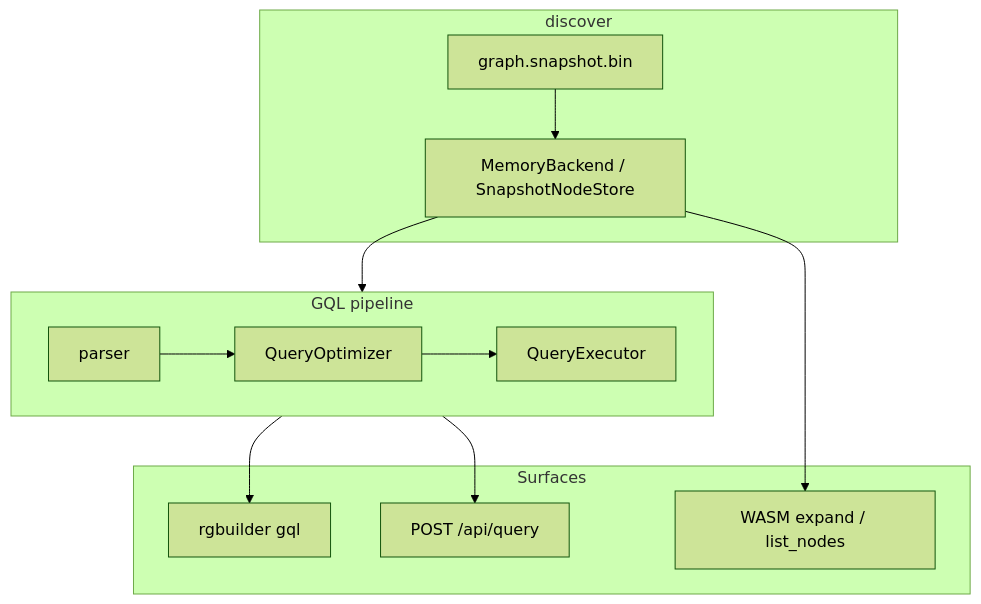
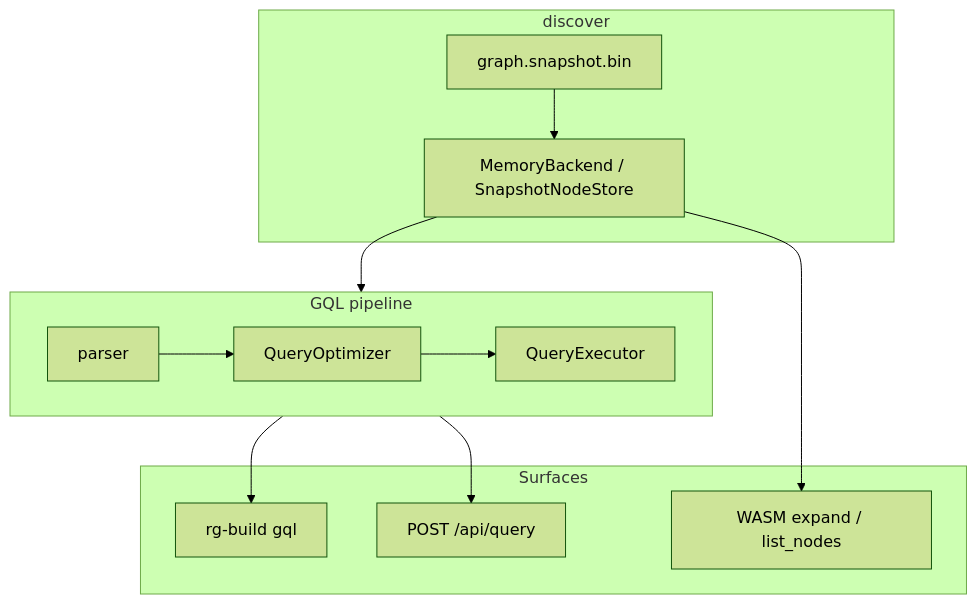
The diagram in docs/design/gql-design.md (l3acon/rgctl), drawn with Mermaid (forest theme) before and after one commit. The commit also changed other lines of this file and 152 other files, not shown here.

````diff
--- a/docs/design/gql-design.md
+++ b/docs/design/gql-design.md
@@ -30,25 +30,25 @@
 ```mermaid
 flowchart TB
   subgraph index["discover"]
     SNAP[graph.snapshot.bin]
     SNAP --> BACK[MemoryBackend / SnapshotNodeStore]
   end
 
   subgraph gql["GQL pipeline"]
     PARSE[parser]
     OPT[QueryOptimizer]
     EXEC[QueryExecutor]
     PARSE --> OPT --> EXEC
   end
 
   subgraph surfaces["Surfaces"]
-    CLI[rgbuilder gql]
+    CLI[rg-build gql]
     HTTP[POST /api/query]
     WASM[WASM expand / list_nodes]
   end
 
   BACK --> gql
   gql --> CLI
   gql --> HTTP
   BACK --> WASM
 ```
````
